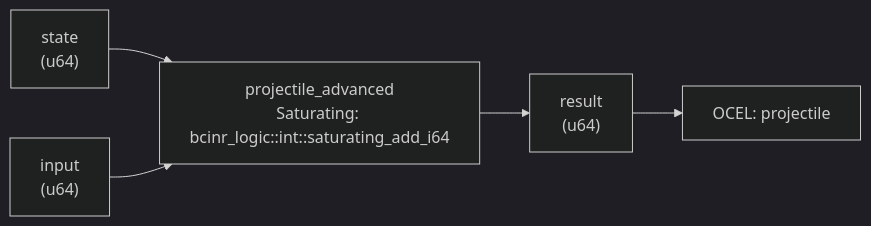
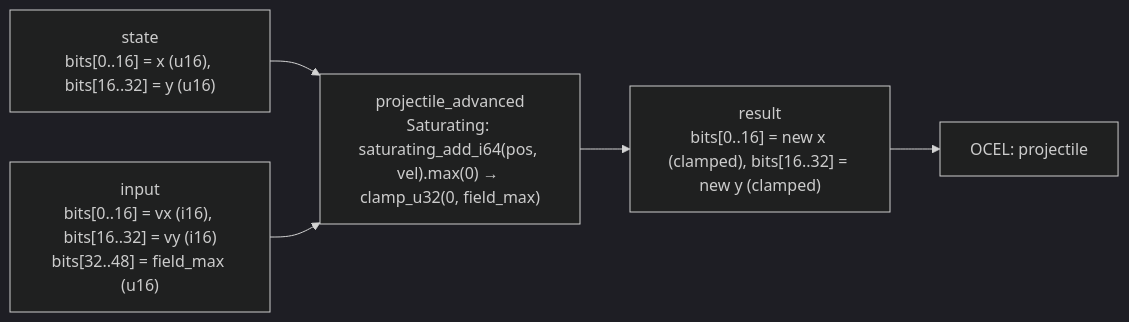
The diagram in crates/wasm4games/docs/patterns/projectile_advanced.md (seanchatmangpt/bcinr), drawn with Mermaid (dark theme) before and after one commit. The commit also changed other lines of this file and 20 other files, not shown here.

````diff
--- a/crates/wasm4games/docs/patterns/projectile_advanced.md
+++ b/crates/wasm4games/docs/patterns/projectile_advanced.md
@@ -56,12 +38,12 @@
 ```mermaid
 graph LR
-    state["state\n(u64)"]
-    input["input\n(u64)"]
-    kernel["projectile_advanced\nSaturating: bcinr_logic::int::saturating_add_i64"]
-    result["result\n(u64)"]
+    state["state\nbits[0..16] = x (u16), bits[16..32] = y (u16)"]
+    input["input\nbits[0..16] = vx (i16), bits[16..32] = vy (i16)\nbits[32..48] = field_max (u16)"]
+    kernel["projectile_advanced\nSaturating: saturating_add_i64(pos, vel).max(0) → clamp_u32(0, field_max)"]
+    result["result\nbits[0..16] = new x (clamped), bits[16..32] = new y (clamped)"]
     state --> kernel
     input --> kernel
     kernel --> result
     ocel_0["OCEL: projectile"]
     result --> ocel_0
 ```
````
